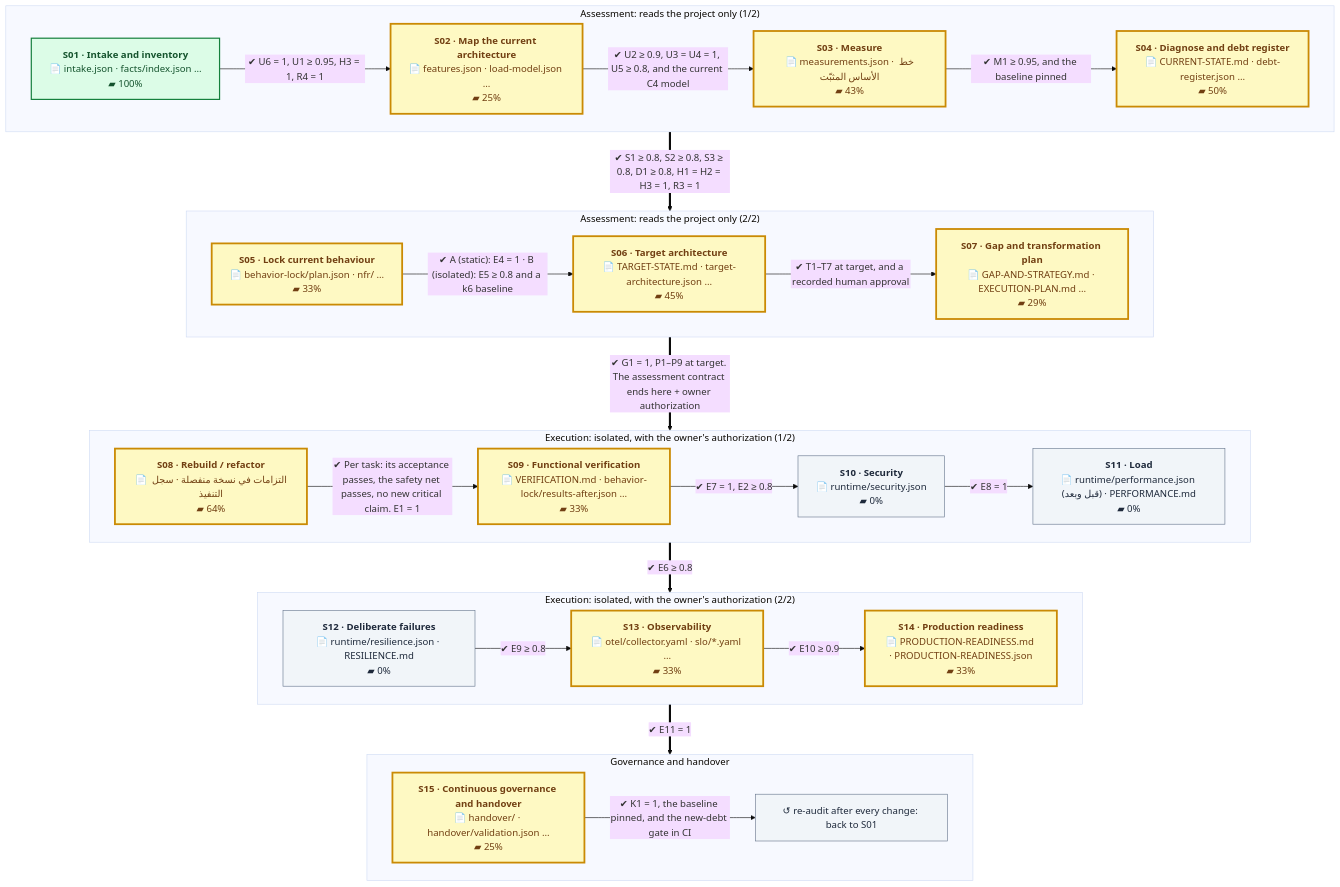
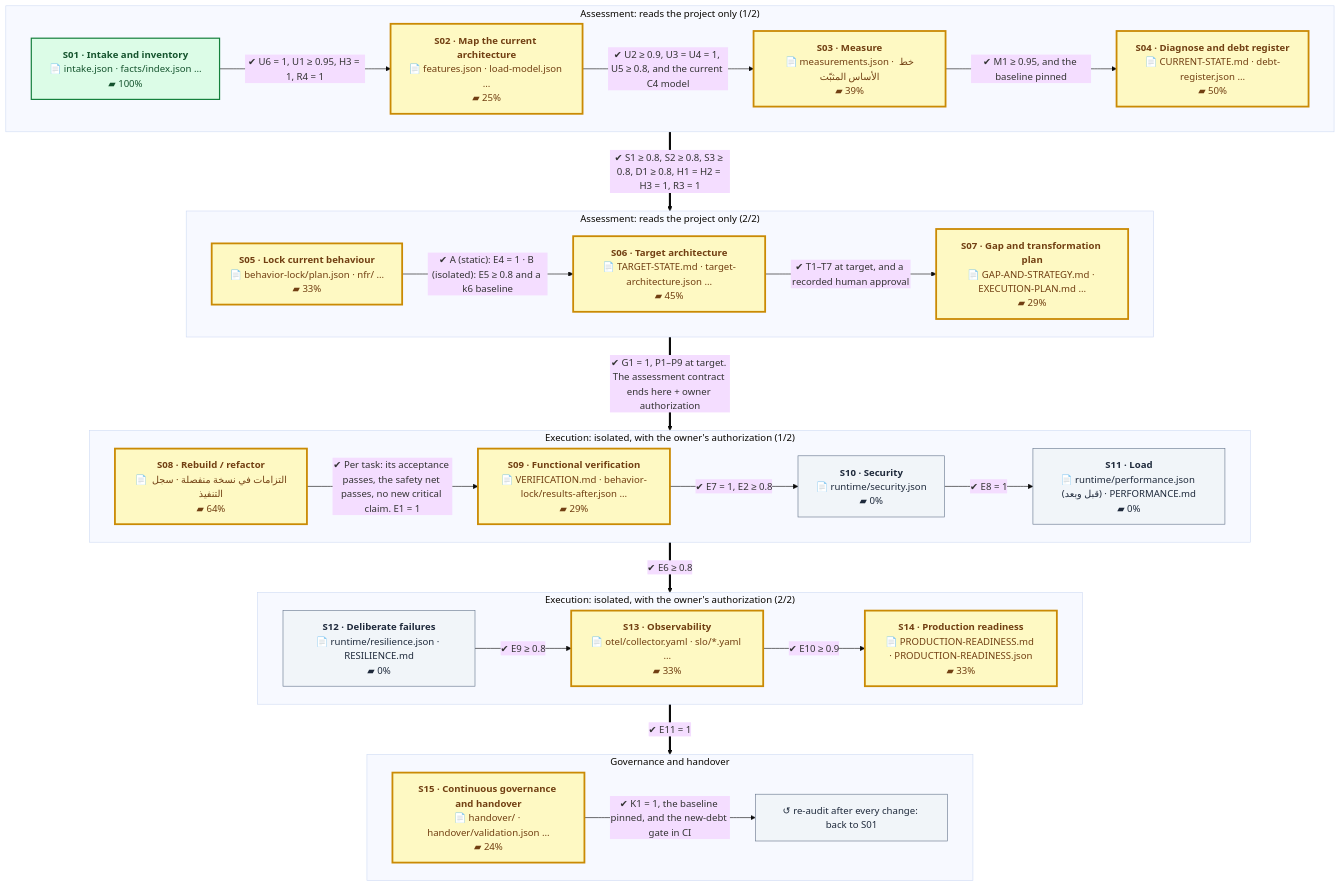
Before and after one commit to eom1417/engineering-audit-os: the first of 2 diagrams in README.en.md, drawn with Mermaid (base theme). The commit also changed other lines of this file and 6 other files, not shown here.

First line of the commit message:
STEP 1 of NS46.T16: re-plan every existing target (four projects + EAOS roadmap), planned

````diff
--- a/README.en.md
+++ b/README.en.md
@@ -52,54 +52,54 @@
 ```mermaid
 %%{init: {'flowchart': {'wrappingWidth': 260, 'nodeSpacing': 40, 'rankSpacing': 60}}}%%
 flowchart TB
     subgraph P1["Assessment: reads the project only (1/2)"]
         direction LR
         S01["<b>S01 · Intake and inventory</b><br/>📄 intake.json · facts/index.json …<br/>▰ 100%"]:::done
         S02["<b>S02 · Map the current architecture</b><br/>📄 features.json · load-model.json …<br/>▰ 25%"]:::current
-        S03["<b>S03 · Measure</b><br/>📄 measurements.json · خط الأساس المثبّت<br/>▰ 43%"]:::current
+        S03["<b>S03 · Measure</b><br/>📄 measurements.json · خط الأساس المثبّت<br/>▰ 39%"]:::current
         S04["<b>S04 · Diagnose and debt register</b><br/>📄 CURRENT-STATE.md · debt-register.json …<br/>▰ 50%"]:::current
         S01 -->|"✔ U6 = 1, U1 ≥ 0.95, H3 = 1, R4 = 1"| S02
         S02 -->|"✔ U2 ≥ 0.9, U3 = U4 = 1, U5 ≥ 0.8, and the current C4 model"| S03
         S03 -->|"✔ M1 ≥ 0.95, and the baseline pinned"| S04
     end
     subgraph P2["Assessment: reads the project only (2/2)"]
         direction LR
         S05["<b>S05 · Lock current behaviour</b><br/>📄 behavior-lock/plan.json · nfr/ …<br/>▰ 33%"]:::current
         S06["<b>S06 · Target architecture</b><br/>📄 TARGET-STATE.md · target-architecture.json …<br/>▰ 45%"]:::current
         S07["<b>S07 · Gap and transformation plan</b><br/>📄 GAP-AND-STRATEGY.md · EXECUTION-PLAN.md …<br/>▰ 29%"]:::current
         S05 -->|"✔ A (static): E4 = 1 · B (isolated): E5 ≥ 0.8 and a k6 baseline"| S06
         S06 -->|"✔ T1–T7 at target, and a recorded human approval"| S07
     end
     subgraph P3["Execution: isolated, with the owner's authorization (1/2)"]
         direction LR
         S08["<b>S08 · Rebuild / refactor</b><br/>📄 التزامات في نسخة منفصلة · سجل التنفيذ<br/>▰ 64%"]:::current
-        S09["<b>S09 · Functional verification</b><br/>📄 VERIFICATION.md · behavior-lock/results-after.json …<br/>▰ 33%"]:::current
+        S09["<b>S09 · Functional verification</b><br/>📄 VERIFICATION.md · behavior-lock/results-after.json …<br/>▰ 29%"]:::current
         S10["<b>S10 · Security</b><br/>📄 runtime/security.json<br/>▰ 0%"]:::next
         S11["<b>S11 · Load</b><br/>📄 runtime/performance.json (قبل وبعد) · PERFORMANCE.md<br/>▰ 0%"]:::next
         S08 -->|"✔ Per task: its acceptance passes, the safety net passes, no new critical claim. E1 = 1"| S09
         S09 -->|"✔ E7 = 1, E2 ≥ 0.8"| S10
         S10 -->|"✔ E8 = 1"| S11
     end
     subgraph P4["Execution: isolated, with the owner's authorization (2/2)"]
         direction LR
         S12["<b>S12 · Deliberate failures</b><br/>📄 runtime/resilience.json · RESILIENCE.md<br/>▰ 0%"]:::next
         S13["<b>S13 · Observability</b><br/>📄 otel/collector.yaml · slo/*.yaml …<br/>▰ 33%"]:::current
         S14["<b>S14 · Production readiness</b><br/>📄 PRODUCTION-READINESS.md · PRODUCTION-READINESS.json<br/>▰ 33%"]:::current
         S12 -->|"✔ E9 ≥ 0.8"| S13
         S13 -->|"✔ E10 ≥ 0.9"| S14
     end
     subgraph P5["Governance and handover"]
         direction LR
-        S15["<b>S15 · Continuous governance and handover</b><br/>📄 handover/ · handover/validation.json …<br/>▰ 25%"]:::current
+        S15["<b>S15 · Continuous governance and handover</b><br/>📄 handover/ · handover/validation.json …<br/>▰ 24%"]:::current
         LOOP["↺ re-audit after every change: back to S01"]:::next
         S15 -->|"✔ K1 = 1, the baseline pinned, and the new-debt gate in CI"| LOOP
     end
     P1 ==>|"✔ S1 ≥ 0.8, S2 ≥ 0.8, S3 ≥ 0.8, D1 ≥ 0.8, H1 = H2 = H3 = 1, R3 = 1"| P2
     P2 ==>|"✔ G1 = 1, P1–P9 at target. The assessment contract ends here + owner authorization"| P3
     P3 ==>|"✔ E6 ≥ 0.8"| P4
     P4 ==>|"✔ E11 = 1"| P5
     classDef done fill:#dcfce7,stroke:#15803d,color:#14532d,stroke-width:2px
     classDef current fill:#fef9c3,stroke:#ca8a04,color:#713f12,stroke-width:3px
     classDef next fill:#f1f5f9,stroke:#64748b,color:#1e293b
     classDef owner fill:#fee2e2,stroke:#b91c1c,color:#7f1d1d,stroke-dasharray:5 3
 ```
````
